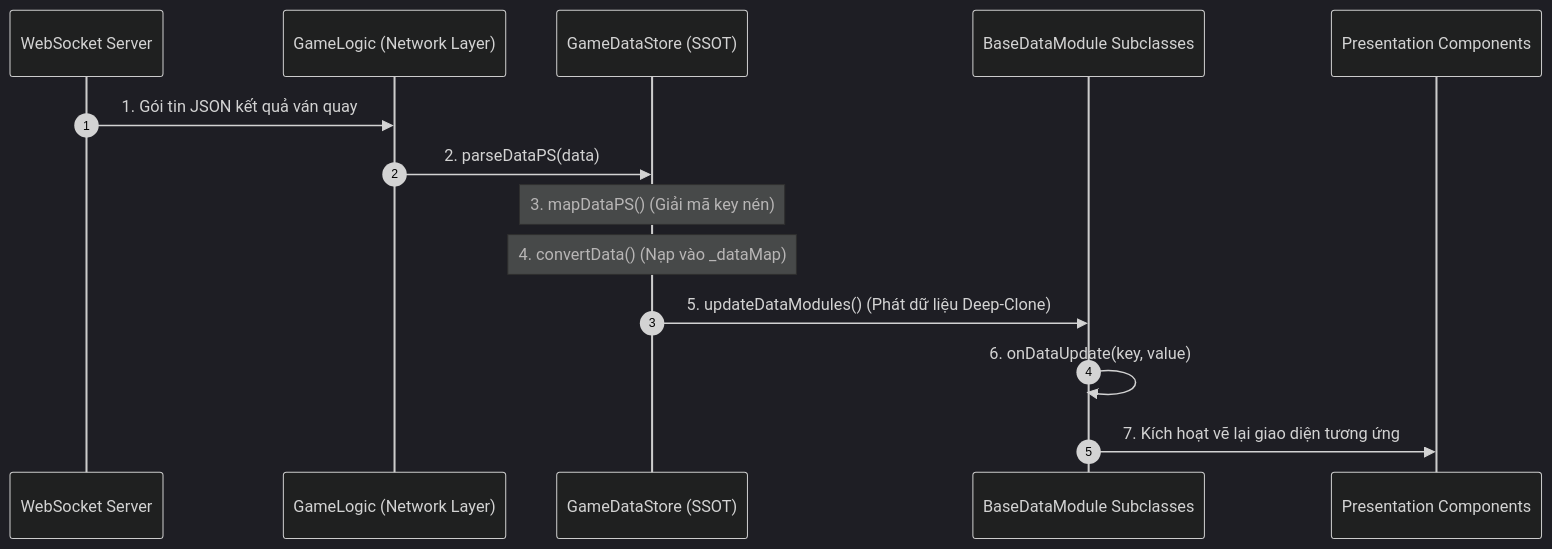
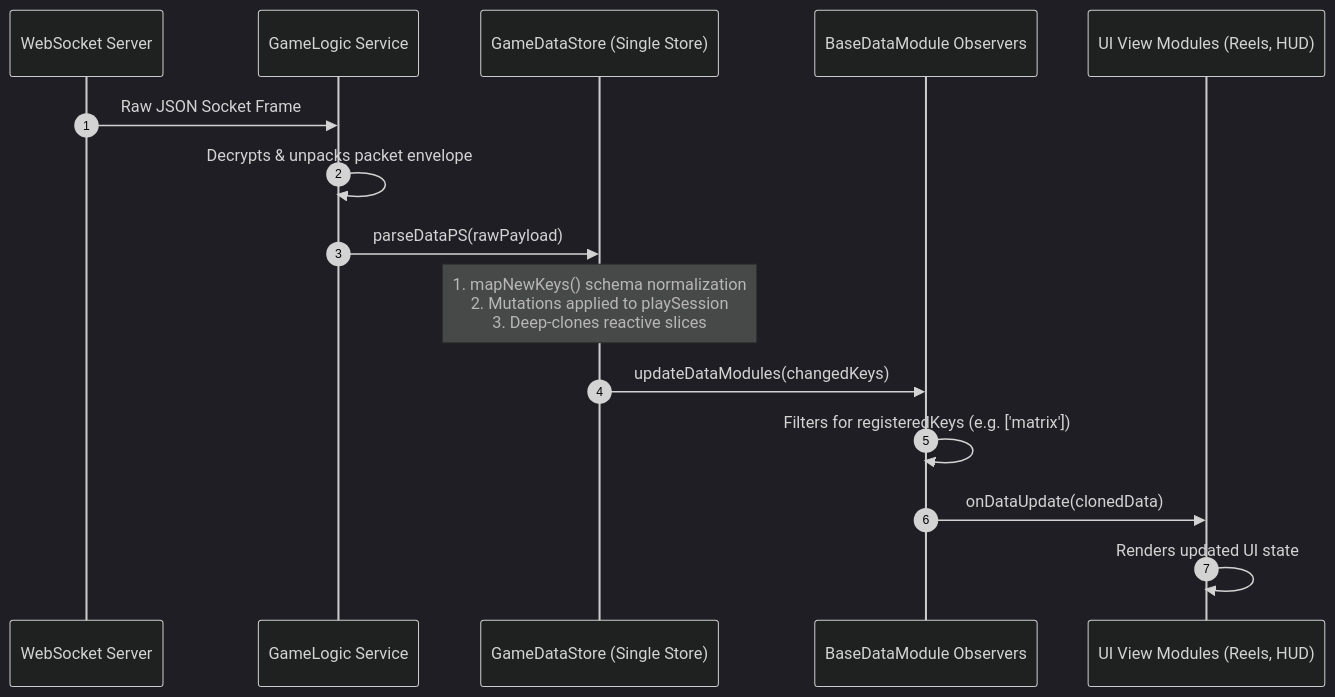
Before and after one commit to lam-ark/mcp-fwcc: the diagram in docs/cc_slot_module/systems/03_reactive_data_system/01_server_packet_ingestion_pipeline.md, drawn with Mermaid (dark theme). The commit also changed other lines of this file and 51 other files, not shown here.

Commit message:
docs(mcp-fwcc): complete FortuneWheel methods, GameModeWriter methods, and English system architecture

````diff
--- a/docs/cc_slot_module/systems/03_reactive_data_system/01_server_packet_ingestion_pipeline.md
+++ b/docs/cc_slot_module/systems/03_reactive_data_system/01_server_packet_ingestion_pipeline.md
@@ -14,18 +16,18 @@
 ```mermaid
 sequenceDiagram
     autonumber
-    participant Server as WebSocket Server
-    participant Logic as GameLogic (Network Layer)
-    participant Store as GameDataStore (SSOT)
-    participant BDM as BaseDataModule Subclasses
-    participant UI as Presentation Components
+    participant Net as WebSocket Server
+    participant Logic as GameLogic Service
+    participant GDS as GameDataStore (Single Store)
+    participant BDM as BaseDataModule Observers
+    participant View as UI View Modules (Reels, HUD)
 
-    Server->>Logic: 1. Gói tin JSON kết quả ván quay
-    Logic->>Store: 2. parseDataPS(data)
-    Note over Store: 3. mapDataPS() (Giải mã key nén)
-    Note over Store: 4. convertData() (Nạp vào _dataMap)
-    
-    Store->>BDM: 5. updateDataModules() (Phát dữ liệu Deep-Clone)
-    BDM->>BDM: 6. onDataUpdate(key, value)
-    BDM->>UI: 7. Kích hoạt vẽ lại giao diện tương ứng
+    Net->>Logic: Raw JSON Socket Frame
+    Logic->>Logic: Decrypts & unpacks packet envelope
+    Logic->>GDS: parseDataPS(rawPayload)
+    Note over GDS: 1. mapNewKeys() schema normalization<br/>2. Mutations applied to playSession<br/>3. Deep-clones reactive slices
+    GDS->>BDM: updateDataModules(changedKeys)
+    BDM->>BDM: Filters for registeredKeys (e.g. ['matrix'])
+    BDM->>View: onDataUpdate(clonedData)
+    View->>View: Renders updated UI state
 ```
````
